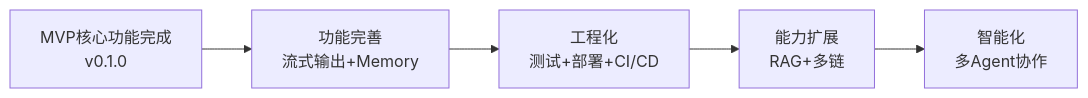
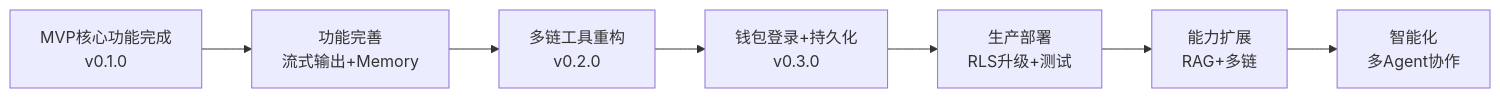
Before and after one commit to CryptoLinxu/Web3-AI-Agent: the diagram in docs/checklist/PROJECT-CHECKLIST.md, drawn with Mermaid. The commit also changed other lines of this file, not shown here.

First line of the commit message:
docs(checklist): 更新项目清单 - v0.3.0 钱包登录+对话持久化+RLS安全

````diff
--- a/docs/checklist/PROJECT-CHECKLIST.md
+++ b/docs/checklist/PROJECT-CHECKLIST.md
@@ -310,7 +373,9 @@
 ```mermaid
 graph LR
     A[MVP核心功能完成<br/>v0.1.0] --> B[功能完善<br/>流式输出+Memory]
-    B --> C[工程化<br/>测试+部署+CI/CD]
-    C --> D[能力扩展<br/>RAG+多链]
-    D --> E[智能化<br/>多Agent协作]
+    B --> C[多链工具重构<br/>v0.2.0]
+    C --> D[钱包登录+持久化<br/>v0.3.0]
+    D --> E[生产部署<br/>RLS升级+测试]
+    E --> F[能力扩展<br/>RAG+多链]
+    F --> G[智能化<br/>多Agent协作]
 ```
````
